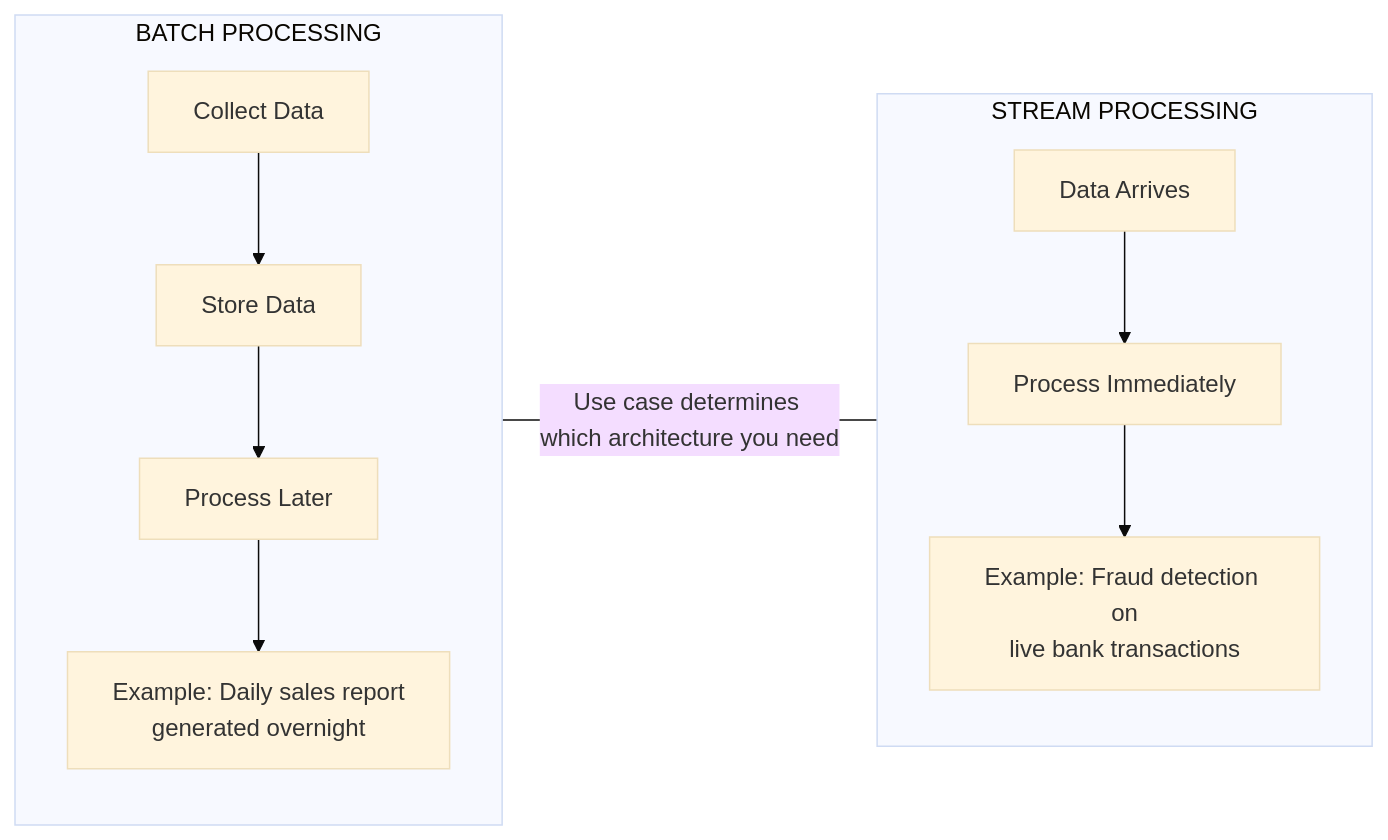
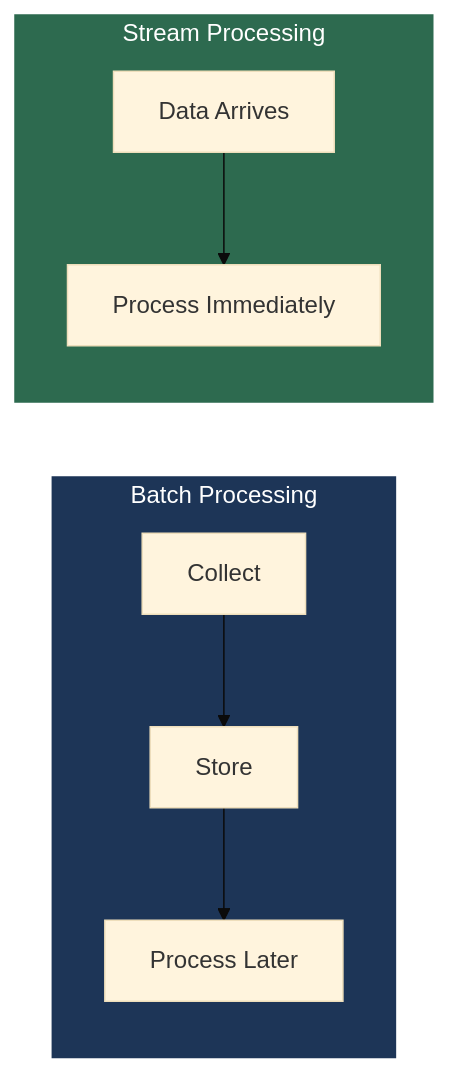
One commit to MuhammadTahaNasir/Big-Data-Analytics-Notes changed the fourth of 9 diagrams in Week1/Lecture1_BigData_Fundamentals.md. Above: the diagram before and after it, drawn with Mermaid (base theme). The commit also changed other lines of this file, not shown here.

First line of the commit message:
Add Week 1 lecture notes on Big Data fundamentals

````diff
--- a/Week1/Lecture1_BigData_Fundamentals.md
+++ b/Week1/Lecture1_BigData_Fundamentals.md
@@ -140,16 +143,12 @@
 ```mermaid
 flowchart LR
-    subgraph BATCH["BATCH PROCESSING"]
-        direction TB
-        B1[Collect Data] --> B2[Store Data] --> B3[Process Later]
-        B3 --> B4["Example: Daily sales report\ngenerated overnight"]
+    subgraph BATCH[Batch Processing]
+        B1[Collect] --> B2[Store] --> B3[Process Later]
+    end
+    subgraph STREAM[Stream Processing]
+        S1[Data Arrives] --> S2[Process Immediately]
     end
 
-    subgraph STREAM["STREAM PROCESSING"]
-        direction TB
-        S1[Data Arrives] --> S2[Process Immediately]
-        S2 --> S3["Example: Fraud detection on\nlive bank transactions"]
-    end
-
-    BATCH ---|"Use case determines which architecture you need"| STREAM
+    style BATCH fill:#1d3557,color:#fff,stroke:#1d3557
+    style STREAM fill:#2d6a4f,color:#fff,stroke:#2d6a4f
 ```
````
